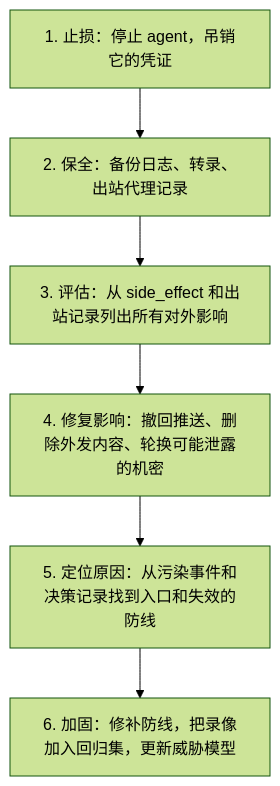
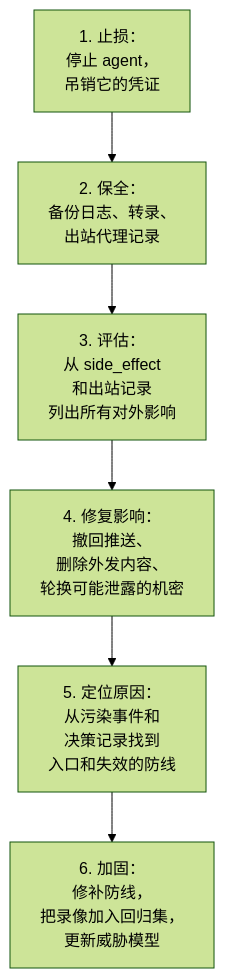
One commit to jarvis-pro/hatch-shelf changed the second of 2 diagrams in books/agent-safety/06-audit-replay.md. Above: the diagram before and after it, drawn with Mermaid (forest theme). The commit also changed other lines of this file and 432 other files, not shown here.

````diff
--- a/books/agent-safety/06-audit-replay.md
+++ b/books/agent-safety/06-audit-replay.md
@@ -266,8 +266,8 @@
 ```mermaid
 flowchart TD
-  A["1. 止损：停止 agent，吊销它的凭证"] --> B["2. 保全：备份日志、转录、出站代理记录"]
-  B --> C["3. 评估：从 side_effect 和出站记录列出所有对外影响"]
-  C --> D["4. 修复影响：撤回推送、删除外发内容、轮换可能泄露的机密"]
-  D --> E["5. 定位原因：从污染事件和决策记录找到入口和失效的防线"]
-  E --> F["6. 加固：修补防线，把录像加入回归集，更新威胁模型"]
+  A["1. 止损：<br/>停止 agent，<br/>吊销它的凭证"] --> B["2. 保全：<br/>备份日志、转录、<br/>出站代理记录"]
+  B --> C["3. 评估：<br/>从 side_effect<br/>和出站记录<br/>列出所有对外影响"]
+  C --> D["4. 修复影响：<br/>撤回推送、<br/>删除外发内容、<br/>轮换可能泄露的机密"]
+  D --> E["5. 定位原因：<br/>从污染事件和<br/>决策记录找到<br/>入口和失效的防线"]
+  E --> F["6. 加固：<br/>修补防线，<br/>把录像加入回归集，<br/>更新威胁模型"]
 ```
````
